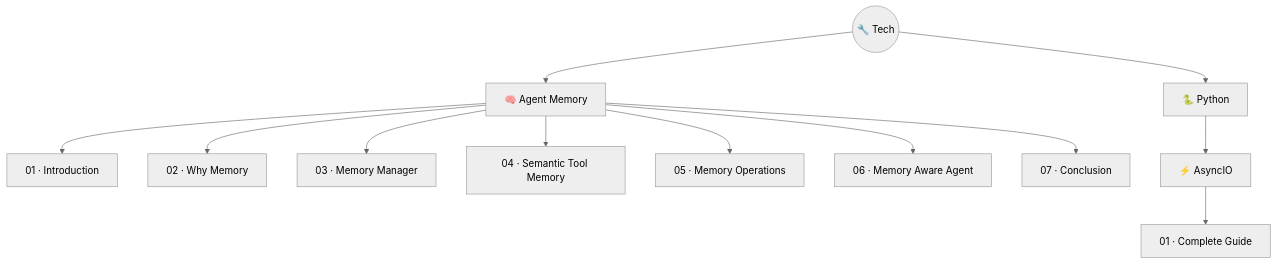
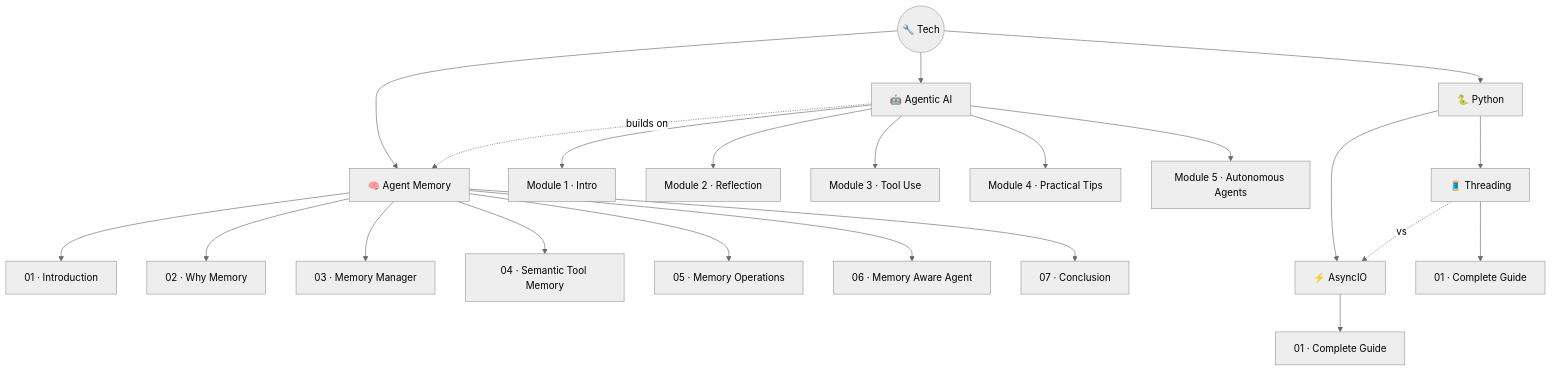
One commit to AyushSonuu/my-memory changed the diagram in _maps/tech.md. Above: the diagram before and after it, drawn with Mermaid (neutral theme). The commit also changed other lines of this file and 86 other files, not shown here.

Commit message:
🗺️ tier 2 sync + docs rebuild: threading + agentic-ai added to maps, nav, timeline, due-today, root README

````diff
--- a/_maps/tech.md
+++ b/_maps/tech.md
@@ -5,17 +5,30 @@
 ```mermaid
 graph TB
     T(("🔧 Tech"))
+    T --> AG["🤖 Agentic AI"]
     T --> AM["🧠 Agent Memory"]
     T --> PY["🐍 Python"]
     
+    AG --> M1["Module 1 · Intro"]
+    AG --> M2["Module 2 · Reflection"]
+    AG --> M3["Module 3 · Tool Use"]
+    AG --> M4["Module 4 · Practical Tips"]
+    AG --> M5["Module 5 · Autonomous Agents"]
+
     AM --> L1["01 · Introduction"]
     AM --> L2["02 · Why Memory"]
     AM --> L3["03 · Memory Manager"]
     AM --> L4["04 · Semantic Tool Memory"]
     AM --> L5["05 · Memory Operations"]
     AM --> L6["06 · Memory Aware Agent"]
     AM --> L7["07 · Conclusion"]
 
     PY --> AIO["⚡ AsyncIO"]
     AIO --> AIOL1["01 · Complete Guide"]
+    
+    PY --> THR["🧵 Threading"]
+    THR --> THRL1["01 · Complete Guide"]
+
+    AG -.->|"builds on"| AM
+    THR -.->|"vs"| AIO
 ```
````
